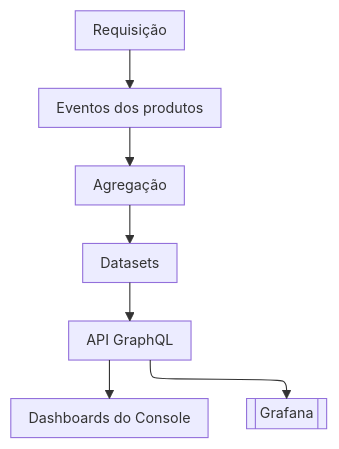
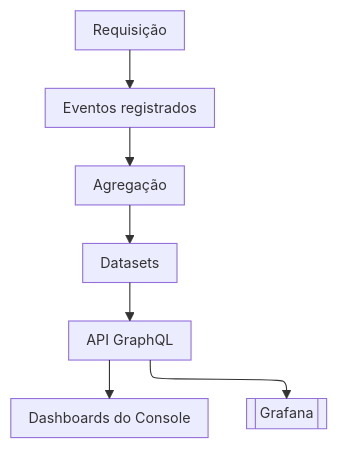
Before and after one commit to aziontech/docs: the diagram in apps/docs/src/content/docs/pt-br/pages/observe/real-time-metrics/como-funciona.mdx, drawn with Mermaid. The commit also changed other lines of this file and 9 other files, not shown here.

````diff
--- a/apps/docs/src/content/docs/pt-br/pages/observe/real-time-metrics/como-funciona.mdx
+++ b/apps/docs/src/content/docs/pt-br/pages/observe/real-time-metrics/como-funciona.mdx
@@ -26,10 +26,10 @@
 ```mermaid
 %%{init: {"layout": "elk", "themeVariables": {"fontSize": "13px"}, "flowchart": {"nodeSpacing": 24, "rankSpacing": 36, "padding": 8, "wrappingWidth": 150, "useMaxWidth": true}, "sequence": {"width": 120, "actorMargin": 30, "useMaxWidth": true}}}%%
 flowchart TD
-  Req["Requisição"] --> Ev["Eventos dos produtos"]
+  Req["Requisição"] --> Ev["Eventos registrados"]
   Ev --> Agg["Agregação"]
   Agg --> DS["Datasets"]
   DS --> API["API GraphQL"]
   API --> Con["Dashboards do Console"]
   API --> Gr[["Grafana"]]
 ```
````
